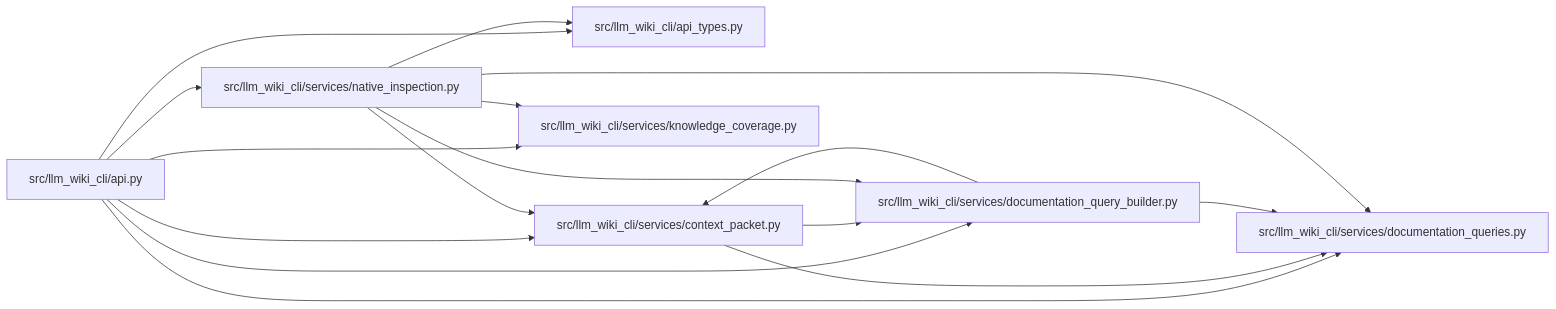
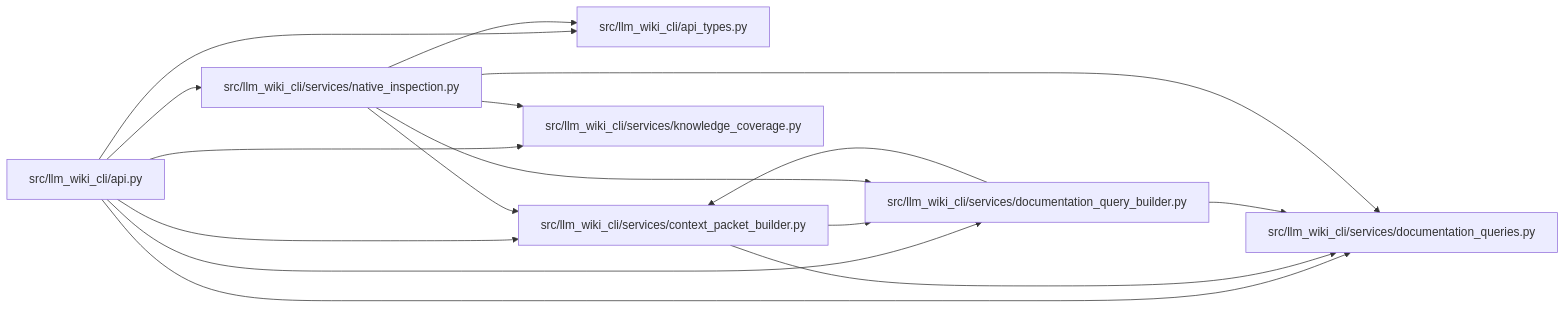
Before and after one commit to Denissvgn/python-wiki-llm: the diagram in docs/llm_wiki/modules/native_inspection.md, drawn with Mermaid. The commit also changed other lines of this file and 1555 other files, not shown here.

````diff
--- a/docs/llm_wiki/modules/native_inspection.md
+++ b/docs/llm_wiki/modules/native_inspection.md
@@ -25,32 +25,32 @@
 ```mermaid
 flowchart LR
     n0["src/llm_wiki_cli/api.py"]
     n1["src/llm_wiki_cli/api_types.py"]
-    n2["src/llm_wiki_cli/services/context_packet.py"]
+    n2["src/llm_wiki_cli/services/context_packet_builder.py"]
     n3["src/llm_wiki_cli/services/documentation_queries.py"]
     n4["src/llm_wiki_cli/services/documentation_query_builder.py"]
     n5["src/llm_wiki_cli/services/knowledge_coverage.py"]
     n6["src/llm_wiki_cli/services/native_inspection.py"]
     n0 --> n1
     n0 --> n2
     n0 --> n3
     n0 --> n4
     n0 --> n5
     n0 --> n6
     n2 --> n3
     n2 --> n4
     n4 --> n2
     n4 --> n3
     n6 --> n1
     n6 --> n2
     n6 --> n3
     n6 --> n4
     n6 --> n5
     click n0 "../modules/api.md"
     click n1 "../modules/api_types.md"
-    click n2 "../modules/context_packet.md"
+    click n2 "../modules/context_packet_builder.md"
     click n3 "../modules/documentation_queries.md"
     click n4 "../modules/documentation_query_builder.md"
     click n5 "../modules/knowledge_coverage.md"
     click n6 "../modules/native_inspection.md"
 ```
````
